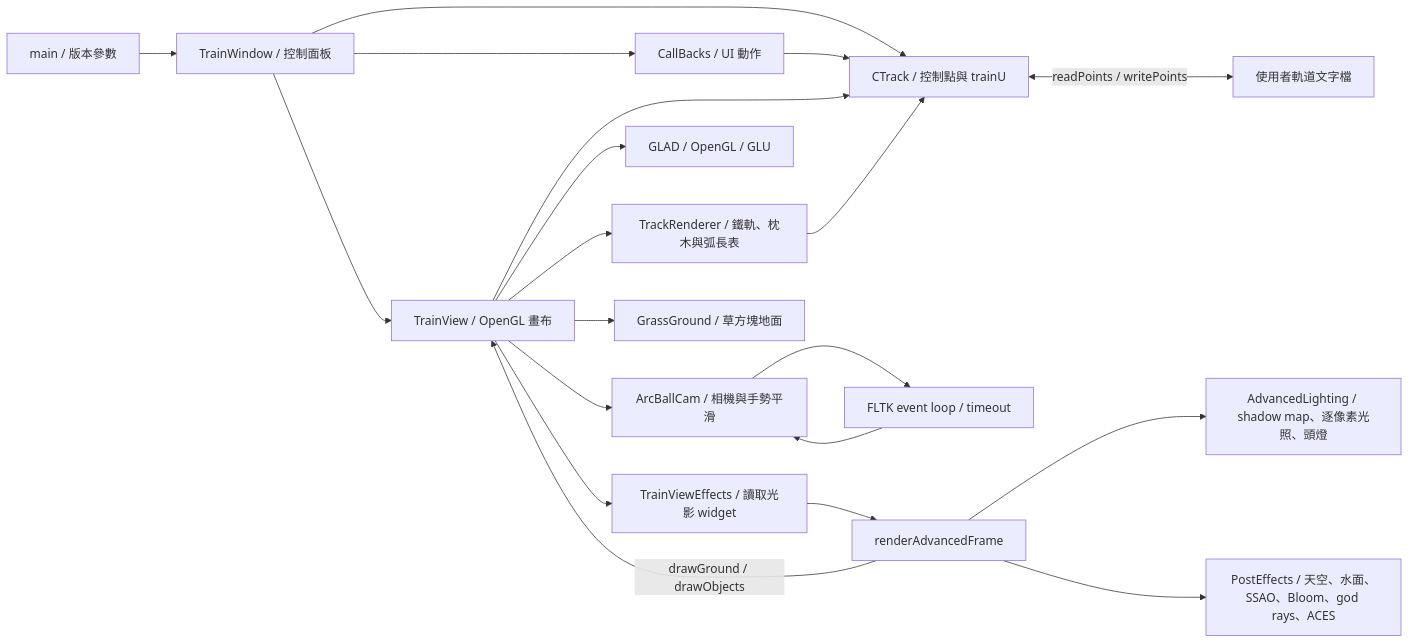
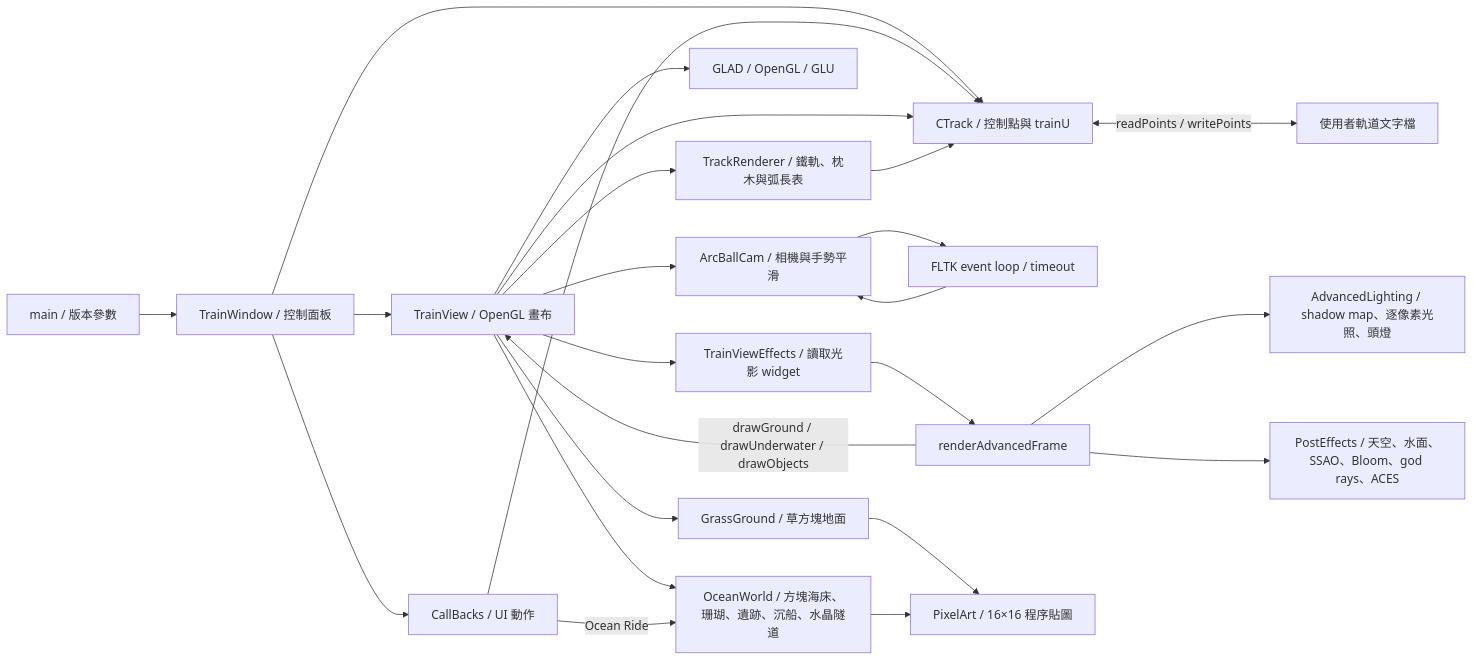
The diagram in docs/architecture.md (wj6wj6/RollerCoasters), drawn with Mermaid before and after one commit. The commit also changed other lines of this file and 19 other files, not shown here.

First line of the commit message:
feat: add underwater ocean ride with a voxel sea floor

````diff
--- a/docs/architecture.md
+++ b/docs/architecture.md
@@ -3,22 +3,26 @@
 ```mermaid
 flowchart LR
     Main[main / 版本參數] --> Window[TrainWindow / 控制面板]
     Window --> View[TrainView / OpenGL 畫布]
     Window --> Track[CTrack / 控制點與 trainU]
     Window --> Callbacks[CallBacks / UI 動作]
     Callbacks --> Track
     View --> Track
     View --> Rails[TrackRenderer / 鐵軌、枕木與弧長表]
     Rails --> Track
     View --> Camera[ArcBallCam / 相機與手勢平滑]
     Camera --> Timer[FLTK event loop / timeout]
     Timer --> Camera
     Track <-->|readPoints / writePoints| File[使用者軌道文字檔]
     View --> GL[GLAD / OpenGL / GLU]
     View --> Effects[TrainViewEffects / 讀取光影 widget]
     Effects --> Frame[renderAdvancedFrame]
     Frame --> Lighting[AdvancedLighting / shadow map、逐像素光照、頭燈]
     Frame --> Post[PostEffects / 天空、水面、SSAO、Bloom、god rays、ACES]
-    Frame -->|drawGround / drawObjects| View
+    Frame -->|drawGround / drawUnderwater / drawObjects| View
     View --> Ground[GrassGround / 草方塊地面]
+    View --> Ocean[OceanWorld / 方塊海床、珊瑚、遺跡、沉船、水晶隧道]
+    Ground --> Pixel[PixelArt / 16×16 程序貼圖]
+    Ocean --> Pixel
+    Callbacks -->|Ocean Ride| Ocean
 ```
````
